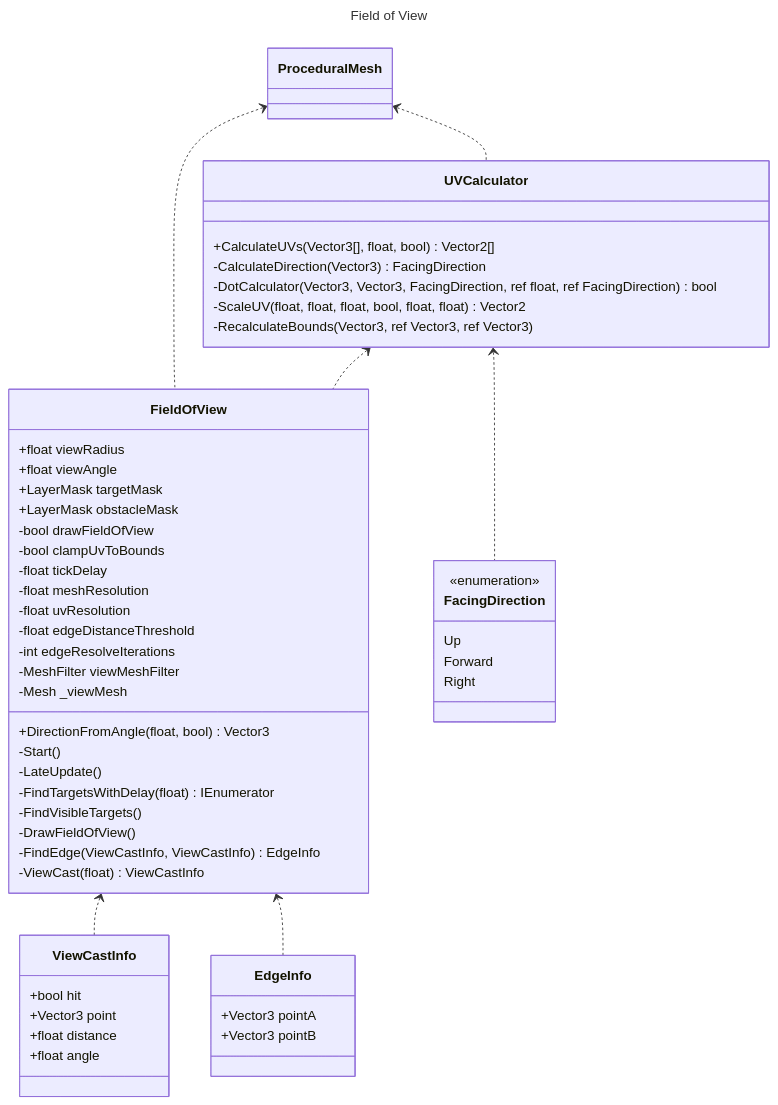
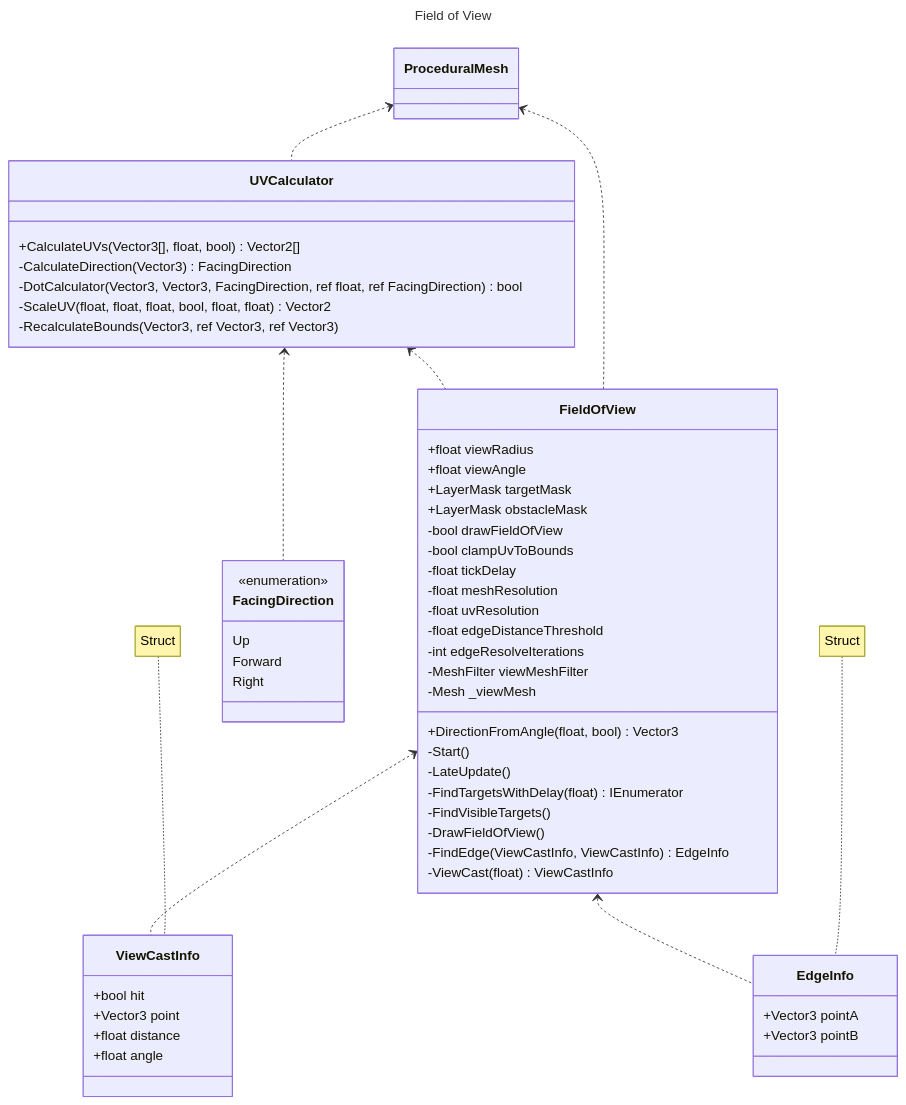
One commit to Calvin-Davidson/Examen changed the first of 3 diagrams in README.md. Above: the diagram before and after it, drawn with Mermaid.

Commit message:
Added struct notes

````diff
--- a/README.md
+++ b/README.md
@@ -49,63 +49,65 @@
 ```mermaid
 ---
 title: Field of View
 ---
 classDiagram
+    note for ViewCastInfo "Struct"
+    note for EdgeInfo "Struct"
     FieldOfView <.. ViewCastInfo
     FieldOfView <.. EdgeInfo
     UVCalculator <.. FacingDirection
     ProceduralMesh <.. FieldOfView
     UVCalculator <.. FieldOfView
     ProceduralMesh <.. UVCalculator
     class ViewCastInfo{
         +bool hit
 		+Vector3 point
 		+float distance
 		+float angle
     }
     class EdgeInfo{
         +Vector3 pointA
 		+Vector3 pointB
     }
     class FacingDirection{
         <<enumeration>>
         Up
         Forward
         Right
     }
     class FieldOfView{
         +float viewRadius
         +float viewAngle
         +LayerMask targetMask
         +LayerMask obstacleMask
 
         -bool drawFieldOfView
         -bool clampUvToBounds
         -float tickDelay
         -float meshResolution
         -float uvResolution
         -float edgeDistanceThreshold
         -int edgeResolveIterations
         -MeshFilter viewMeshFilter
         -Mesh _viewMesh
 
         +DirectionFromAngle(float, bool) Vector3
         -Start()
         -LateUpdate()
         -FindTargetsWithDelay(float) IEnumerator
         -FindVisibleTargets()
         -DrawFieldOfView()
         -FindEdge(ViewCastInfo, ViewCastInfo) EdgeInfo
         -ViewCast(float) ViewCastInfo
     }
     class UVCalculator{
         +CalculateUVs(Vector3[], float, bool) Vector2[]
         -CalculateDirection(Vector3) FacingDirection
         -DotCalculator(Vector3, Vector3, FacingDirection, ref float, ref FacingDirection) bool
         -ScaleUV(float, float, float, bool, float, float) Vector2
         -RecalculateBounds(Vector3, ref Vector3, ref Vector3)
     }
     class ProceduralMesh {
 
     }
 ```
````
